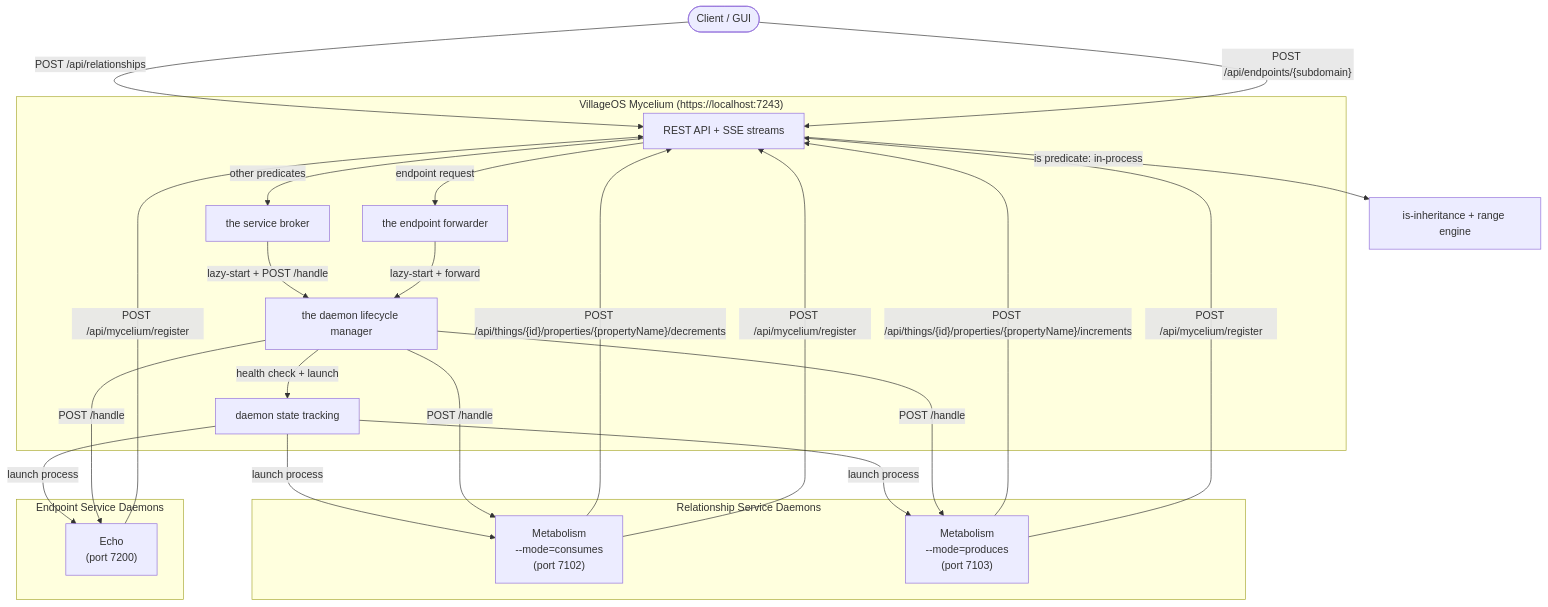
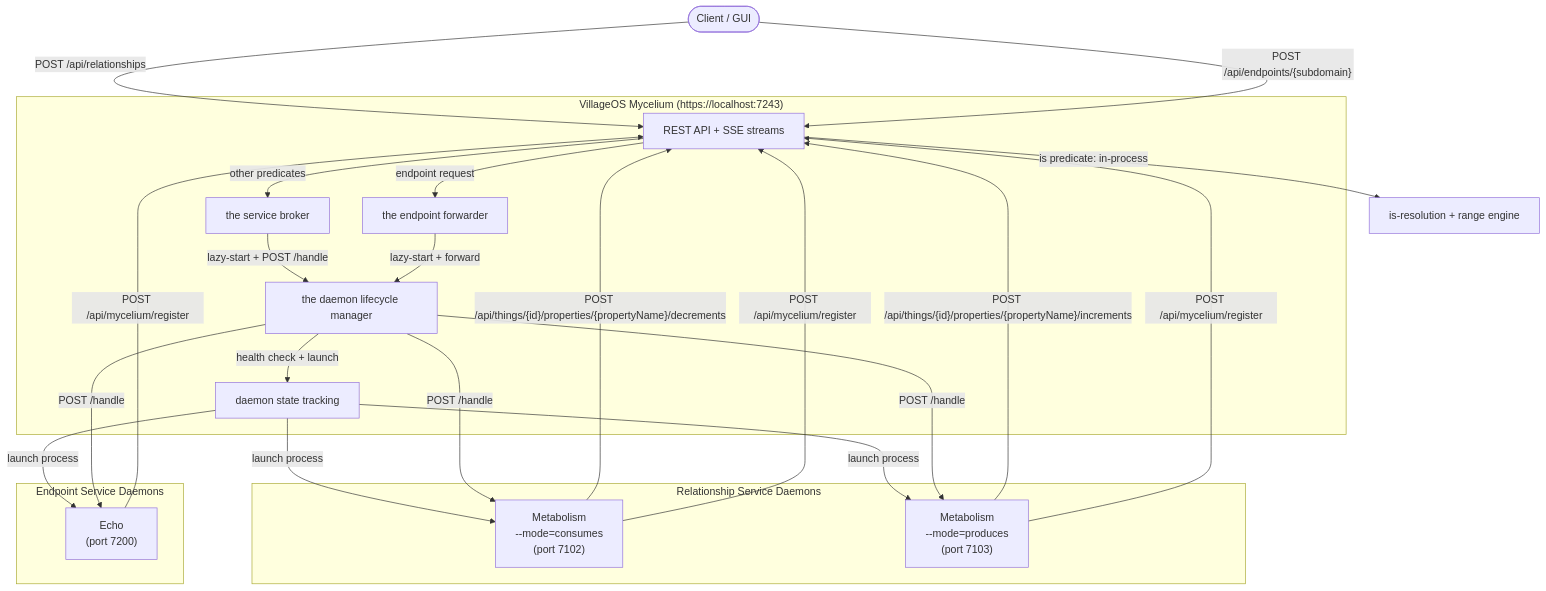
One commit to ReGen-Villages/VillageOS-API changed the diagram in docs/RELATIONSHIP_SERVICES.md. Above: the diagram before and after it, drawn with Mermaid. The commit also changed other lines of this file, not shown here.

First line of the commit message:
docs: rewrite is-inheritance for the lazy model (RELATIONSHIP_SERVICES)

````diff
--- a/docs/RELATIONSHIP_SERVICES.md
+++ b/docs/RELATIONSHIP_SERVICES.md
@@ -60,35 +60,35 @@
 ```mermaid
 flowchart TB
     subgraph Mycelium["VillageOS Mycelium (https://localhost:7243)"]
         API[REST API + SSE streams]
         DSB[the service broker]
         DLM[the daemon lifecycle manager]
         DST[daemon state tracking]
         ESF[the endpoint forwarder]
     end
 
     subgraph Handlers["Relationship Service Daemons"]
         CONS["Metabolism\n--mode=consumes\n(port 7102)"]
         PROD["Metabolism\n--mode=produces\n(port 7103)"]
     end
 
     subgraph EndpointSvcs["Endpoint Service Daemons"]
         ECHO["Echo\n(port 7200)"]
     end
 
     Client([Client / GUI]) -->|"POST /api/relationships"| API
     Client -->|"POST /api/endpoints/{subdomain}"| API
-    API -->|"is predicate: in-process"| VRS["is-inheritance + range engine"]
+    API -->|"is predicate: in-process"| VRS["is-resolution + range engine"]
     API -->|"other predicates"| DSB
     API -->|"endpoint request"| ESF
     DSB -->|"lazy-start + POST /handle"| DLM
     ESF -->|"lazy-start + forward"| DLM
     DLM -->|"health check + launch"| DST
     DST -->|"launch process"| CONS & PROD & ECHO
     DLM -->|"POST /handle"| CONS & PROD & ECHO
 
     CONS -->|"POST /api/things/{id}/properties/{propertyName}/decrements"| API
     PROD -->|"POST /api/things/{id}/properties/{propertyName}/increments"| API
 
     CONS & PROD & ECHO -->|"POST /api/mycelium/register"| API
 ```
````
